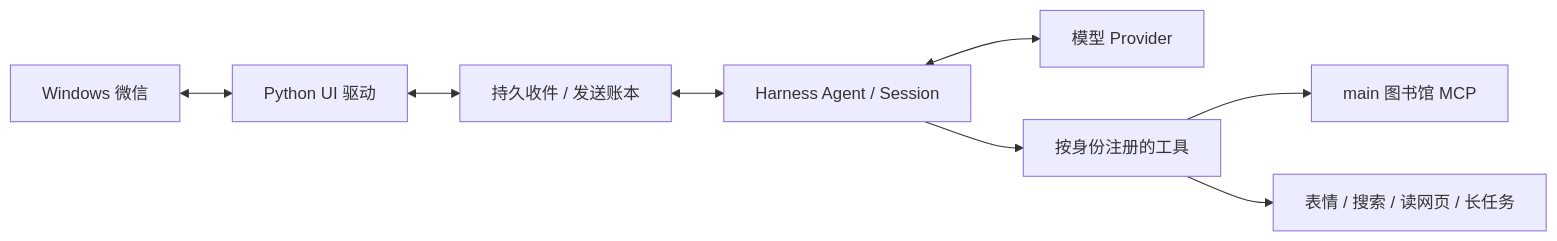
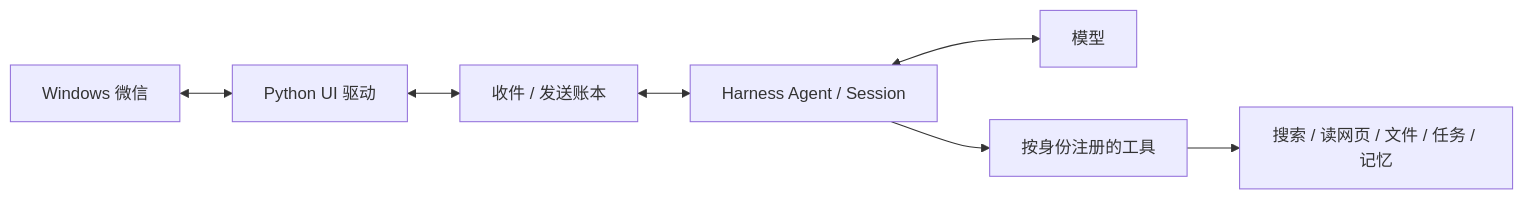
The diagram in README.md (AnthonyZZH/xiaoqian-weixin), drawn with Mermaid before and after one commit. The commit also changed other lines of this file and 1 other file, not shown here.

````diff
--- a/README.md
+++ b/README.md
@@ -61,10 +57,9 @@
 ```mermaid
 flowchart LR
   W[Windows 微信] <--> D[Python UI 驱动]
-  D <--> B[持久收件 / 发送账本]
+  D <--> B[收件 / 发送账本]
   B <--> H[Harness Agent / Session]
-  H <--> P[模型 Provider]
+  H <--> P[模型]
   H --> T[按身份注册的工具]
-  T --> L[main 图书馆 MCP]
-  T --> M[表情 / 搜索 / 读网页 / 长任务]
+  T --> S[搜索 / 读网页 / 文件 / 任务 / 记忆]
 ```
````
